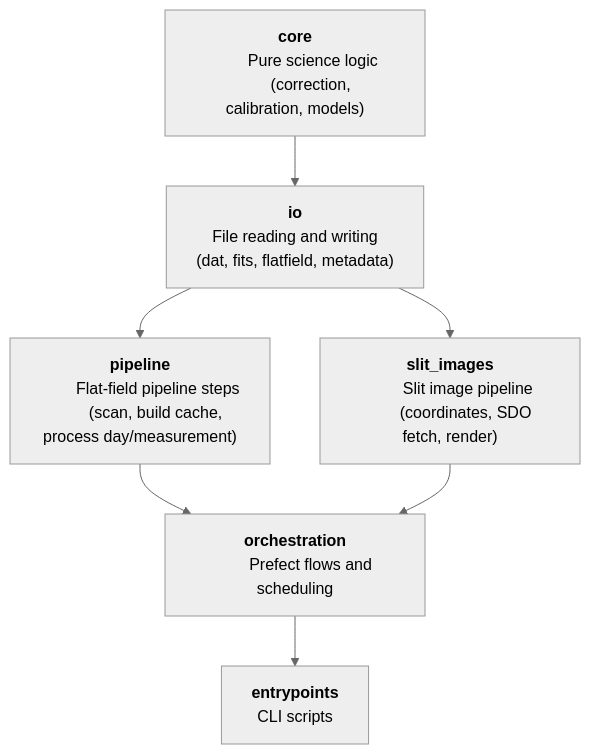
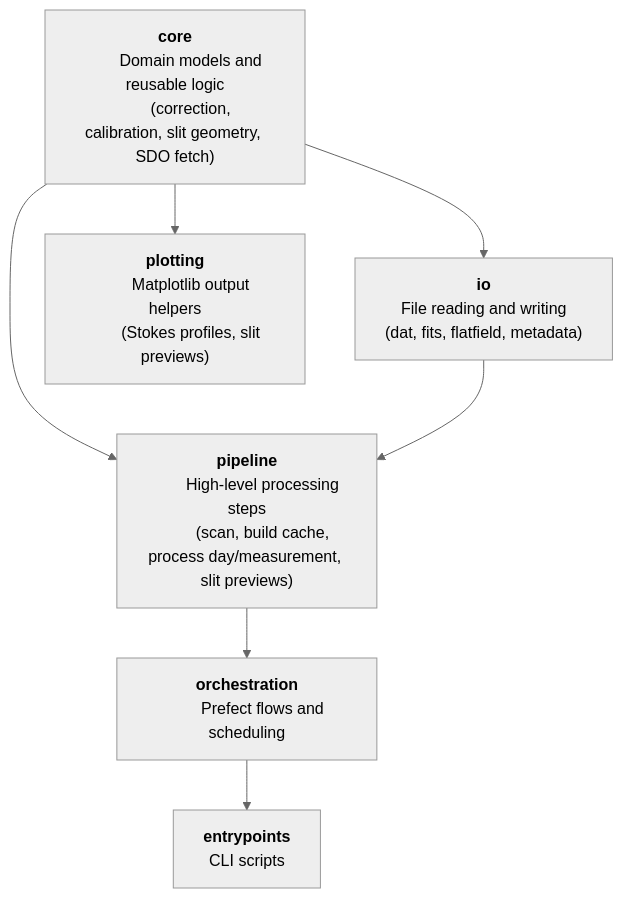
One commit to cdeldon/irsol-data-pipeline changed the second of 5 diagrams in README.md. Above: the diagram before and after it, drawn with Mermaid (neutral theme). The commit also changed other lines of this file, not shown here.

````diff
--- a/README.md
+++ b/README.md
@@ -224,26 +225,26 @@
 ```mermaid
 graph TB
     A["<b>core</b>
-	Pure science logic
-	(correction, calibration, models)"]
+	Domain models and reusable logic
+	(correction, calibration, slit geometry, SDO fetch)"]
     B["<b>io</b>
 	File reading and writing
 	(dat, fits, flatfield, metadata)"]
     C["<b>pipeline</b>
-	Flat-field pipeline steps
-	(scan, build cache, process day/measurement)"]
-    C2["<b>slit_images</b>
-	Slit image pipeline
-	(coordinates, SDO fetch, render)"]
+	High-level processing steps
+	(scan, build cache, process day/measurement, slit previews)"]
+    C2["<b>plotting</b>
+	Matplotlib output helpers
+	(Stokes profiles, slit previews)"]
     D["<b>orchestration</b>
 	Prefect flows and scheduling"]
     E["<b>entrypoints</b>
 	CLI scripts"]
 
     A --> B
+    A --> C
     B --> C
-    B --> C2
+    A --> C2
     C --> D
-    C2 --> D
     D --> E
 ```
````
